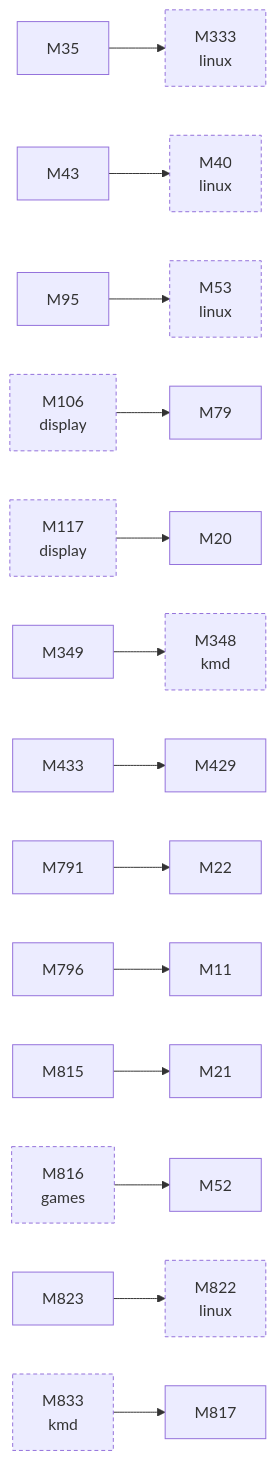
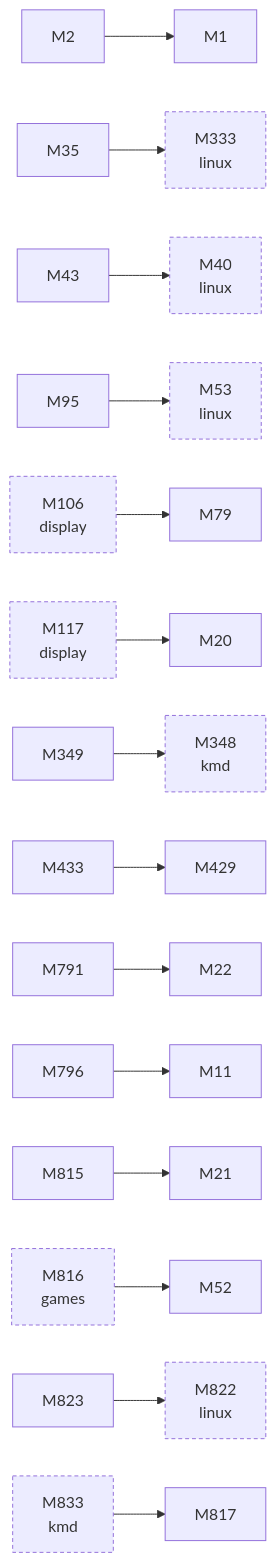
One commit to D-Ogi/amdgpu-wddm changed the third of 3 diagrams in docs/facts/graphs/hardware.md. Above: the diagram before and after it, drawn with Mermaid. The commit also changed other lines of this file and 8 other files, not shown here.

````diff
--- a/docs/facts/graphs/hardware.md
+++ b/docs/facts/graphs/hardware.md
@@ -204,44 +203,47 @@
 ```mermaid
 flowchart LR
+  M1["M1"]
+  M2["M2"]
   M11["M11"]
   M20["M20"]
   M21["M21"]
   M22["M22"]
   M35["M35"]
   M40["M40<br/>linux"]
   M43["M43"]
   M52["M52"]
   M53["M53<br/>linux"]
   M79["M79"]
   M95["M95"]
   M106["M106<br/>display"]
   M117["M117<br/>display"]
   M333["M333<br/>linux"]
   M348["M348<br/>kmd"]
   M349["M349"]
   M429["M429"]
   M433["M433"]
   M791["M791"]
   M796["M796"]
   M815["M815"]
   M816["M816<br/>games"]
   M817["M817"]
   M822["M822<br/>linux"]
   M823["M823"]
   M833["M833<br/>kmd"]
+  M2 --> M1
   M35 --> M333
   M43 --> M40
   M95 --> M53
   M349 --> M348
   M433 --> M429
   M791 --> M22
   M796 --> M11
   M815 --> M21
   M823 --> M822
   M833 --> M817
   M106 --> M79
   M117 --> M20
   M816 --> M52
   classDef other stroke-dasharray:4 3
   class M40,M53,M106,M117,M333,M348,M816,M822,M833 other
 ```
````
